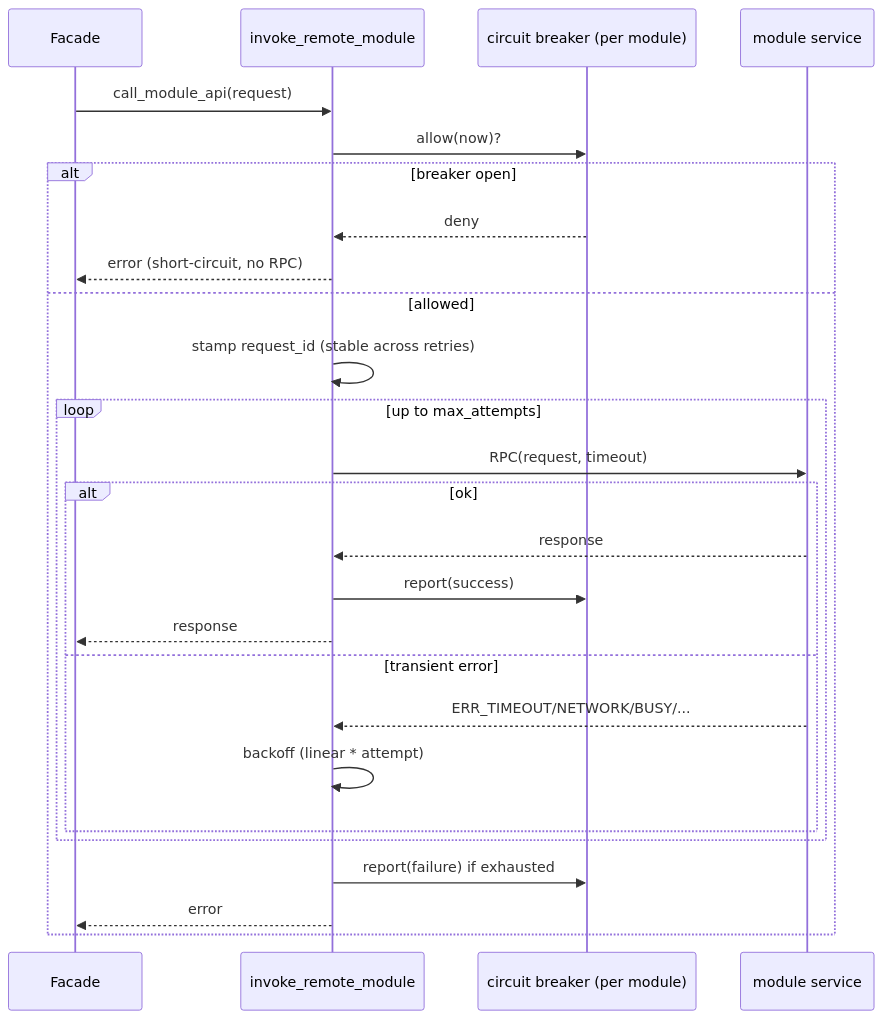
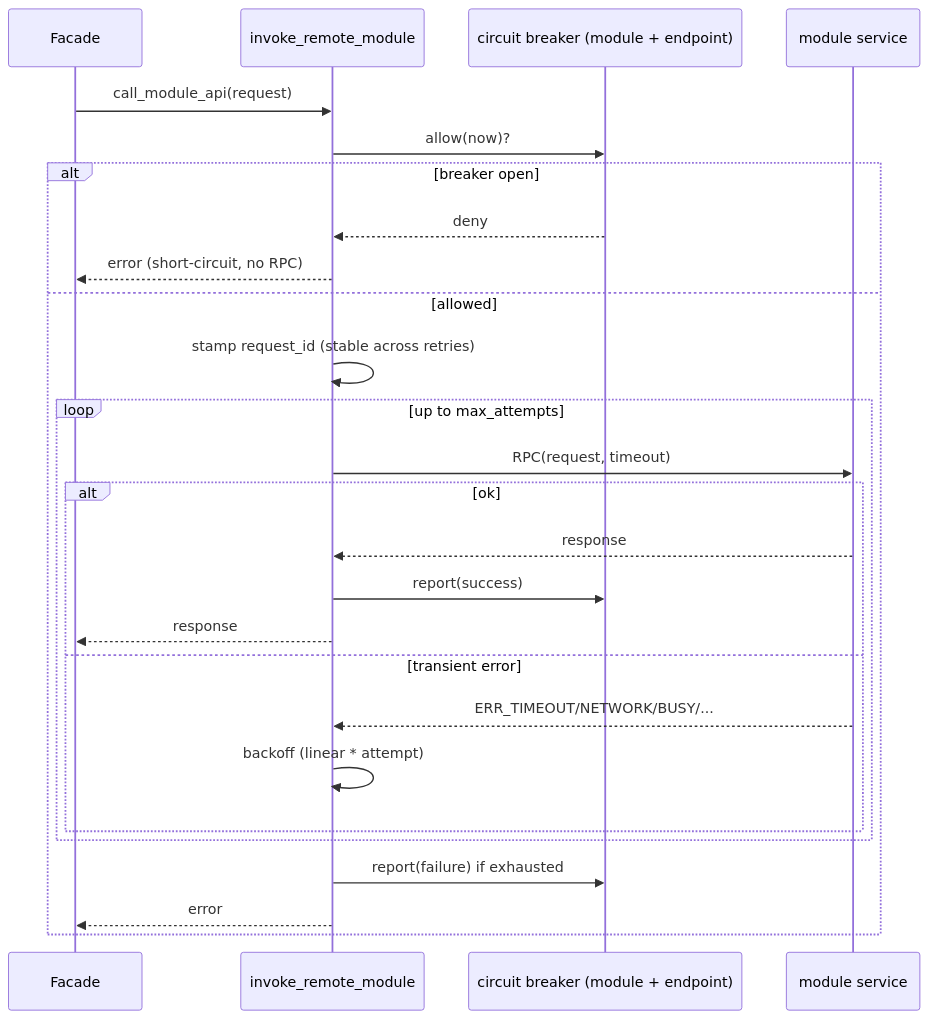
Before and after one commit to linmajia/rDSN: the second of 2 diagrams in src/plugins/rasn/docs/DISTRIBUTED_RUNTIME.md, drawn with Mermaid. The commit also changed other lines of this file and 26 other files, not shown here.

````diff
--- a/src/plugins/rasn/docs/DISTRIBUTED_RUNTIME.md
+++ b/src/plugins/rasn/docs/DISTRIBUTED_RUNTIME.md
@@ -181,29 +235,29 @@
 ```mermaid
 sequenceDiagram
     participant Facade
     participant Remote as invoke_remote_module
-    participant Breaker as circuit breaker (per module)
+    participant Breaker as circuit breaker (module + endpoint)
     participant Svc as module service
 
     Facade->>Remote: call_module_api(request)
     Remote->>Breaker: allow(now)?
     alt breaker open
         Breaker-->>Remote: deny
         Remote-->>Facade: error (short-circuit, no RPC)
     else allowed
         Remote->>Remote: stamp request_id (stable across retries)
         loop up to max_attempts
             Remote->>Svc: RPC(request, timeout)
             alt ok
                 Svc-->>Remote: response
                 Remote->>Breaker: report(success)
                 Remote-->>Facade: response
             else transient error
                 Svc-->>Remote: ERR_TIMEOUT/NETWORK/BUSY/...
                 Remote->>Remote: backoff (linear * attempt)
             end
         end
         Remote->>Breaker: report(failure) if exhausted
         Remote-->>Facade: error
     end
 ```
````
